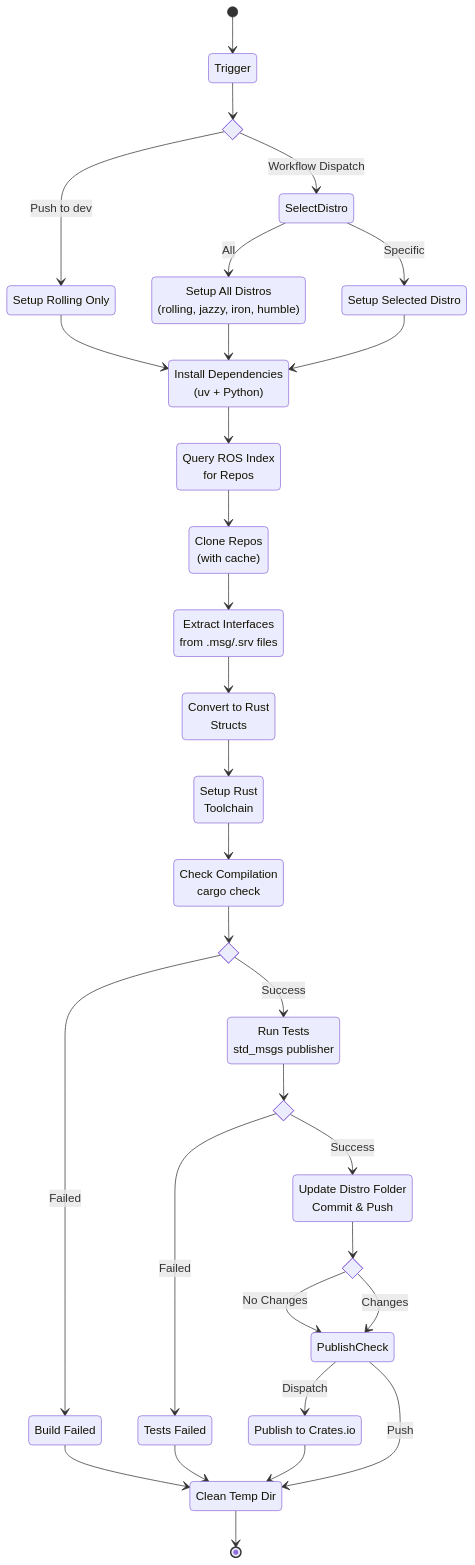
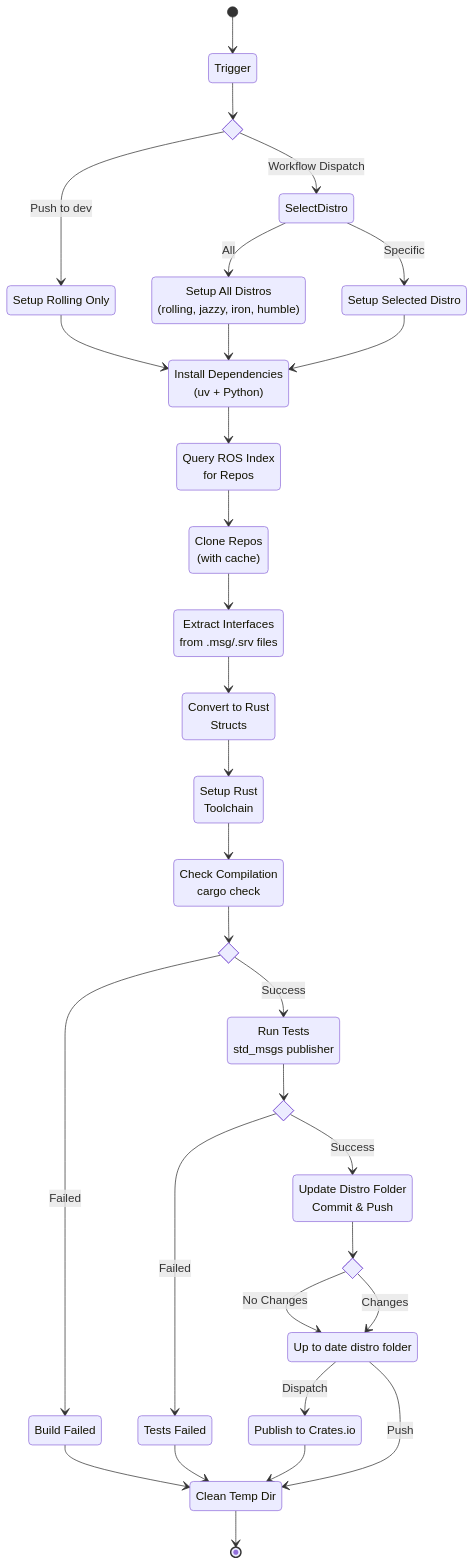
The diagram in README.md (newtondotcom/ros2-interfaces), drawn with Mermaid before and after one commit.

Commit message:
doc: update the CI schema

````diff
--- a/README.md
+++ b/README.md
@@ -20,69 +20,70 @@
 ```mermaid
 stateDiagram-v2
     SetupRolling: Setup Rolling Only
     SetupAll: Setup All Distros<br/>(rolling, jazzy, iron, humble)
     SetupSpecific: Setup Selected Distro
     Install: Install Dependencies<br/>(uv + Python)
     Clone: Clone Repos<br/>(with cache)
     Query: Query ROS Index<br/>for Repos
     Extract: Extract Interfaces<br/>from .msg/.srv files
     Convert: Convert to Rust<br/>Structs
     RustSetup: Setup Rust<br/>Toolchain
     Compile: Check Compilation<br/>cargo check
     Fail1: Build Failed
     Test: Run Tests<br/>std_msgs publisher
     Fail2: Tests Failed
+    PublishCheck: Up to date distro folder
     PublishCrates: Publish to Crates.io
     Update: Update Distro Folder<br/>Commit & Push
     Cleanup: Clean Temp Dir
 
     [*] --> Trigger
     
     state TriggerType <<choice>>
     Trigger --> TriggerType
     
     TriggerType --> SetupRolling : Push to dev
     TriggerType --> SelectDistro : Workflow Dispatch
     
     state SelectDistro <<choice>>
     SelectDistro --> SetupAll : All
     SelectDistro --> SetupSpecific : Specific
     
     SetupRolling --> Install
     SetupAll --> Install
     SetupSpecific --> Install
     
     Install --> Query
     Query --> Clone
     Clone --> Extract
     Extract --> Convert
     
     Convert --> RustSetup
     RustSetup --> Compile
     
     state CompilePass <<choice>>
     Compile --> CompilePass
     CompilePass --> Fail1 : Failed
     
     CompilePass --> Test : Success
     
     state TestPass <<choice>>
     Test --> TestPass
     TestPass --> Fail2 : Failed
     
     TestPass --> Update : Success
     
     state UpdatePass <<choice>>
     Update --> UpdatePass
     UpdatePass --> PublishCheck : No Changes
     UpdatePass --> PublishCheck : Changes
     
     state PublishCheck <<choice>>
     PublishCheck --> PublishCrates : Dispatch
     PublishCheck --> Cleanup : Push
     PublishCrates --> Cleanup
     
     Cleanup --> [*]
     Fail1 --> Cleanup
     Fail2 --> Cleanup
 ```
````
